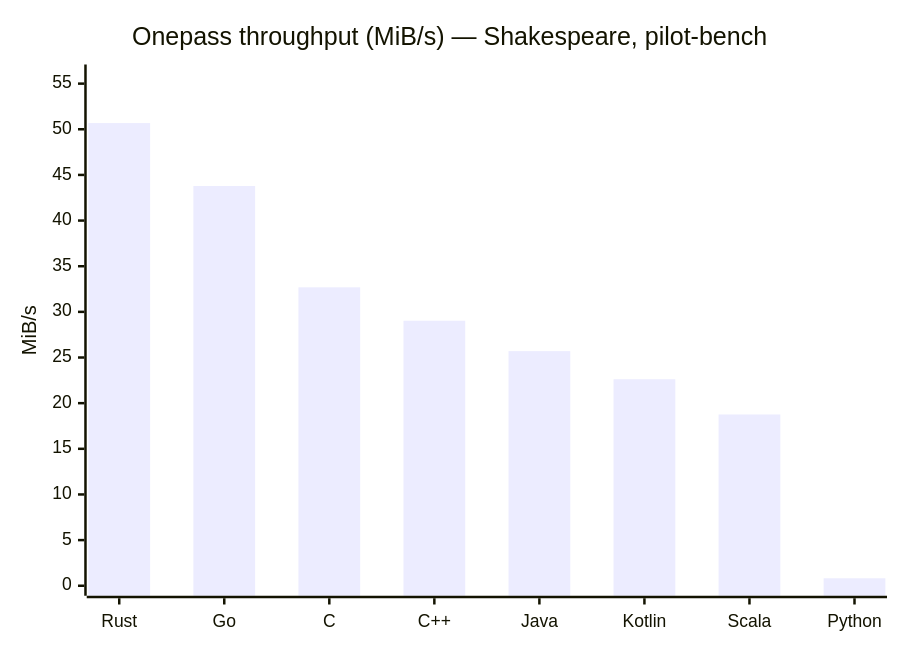
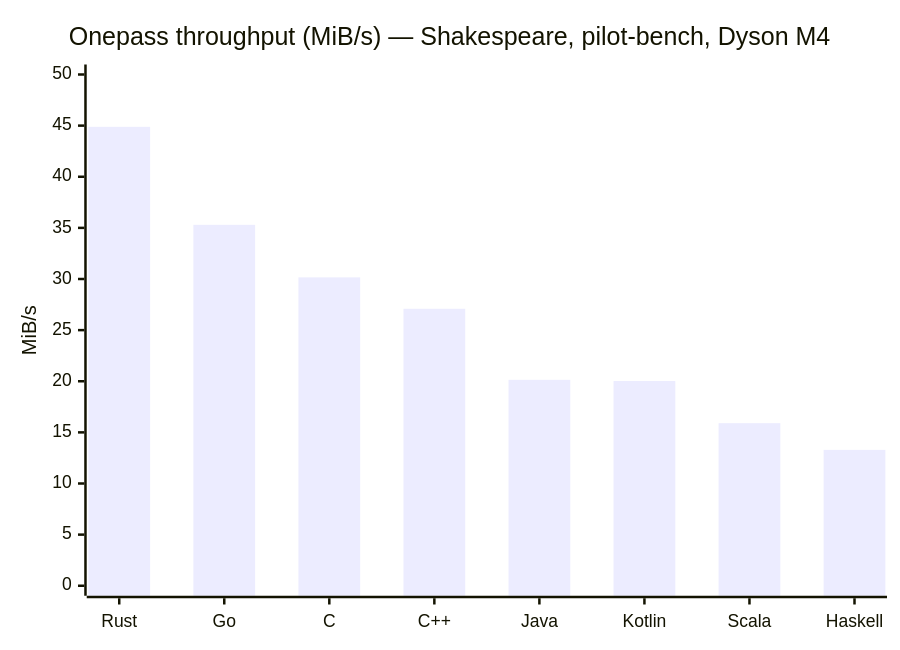
One commit to darrelllong/Delta-Compression changed the third of 12 diagrams in ANALYSIS.md. Above: the diagram before and after it, drawn with Mermaid. The commit also changed other lines of this file, not shown here.

First line of the commit message:
analysis: refresh all benchmark tables and charts (2026-03-05)

````diff
--- a/ANALYSIS.md
+++ b/ANALYSIS.md
@@ -397,7 +384,7 @@
 ```mermaid
 xychart-beta
-    title "Onepass throughput (MiB/s) — Shakespeare, pilot-bench"
-    x-axis ["Rust", "Go", "C", "C++", "Java", "Kotlin", "Scala", "Python"]
-    y-axis "MiB/s" 0 --> 56
-    bar [50.68, 43.79, 32.69, 29.03, 25.7, 22.62, 18.76, 0.82]
+    title "Onepass throughput (MiB/s) — Shakespeare, pilot-bench, Dyson M4"
+    x-axis ["Rust", "Go", "C", "C++", "Java", "Kotlin", "Scala", "Haskell"]
+    y-axis "MiB/s" 0 --> 50
+    bar [44.88, 35.30, 30.16, 27.09, 20.14, 20.02, 15.90, 13.29]
 ```
````
